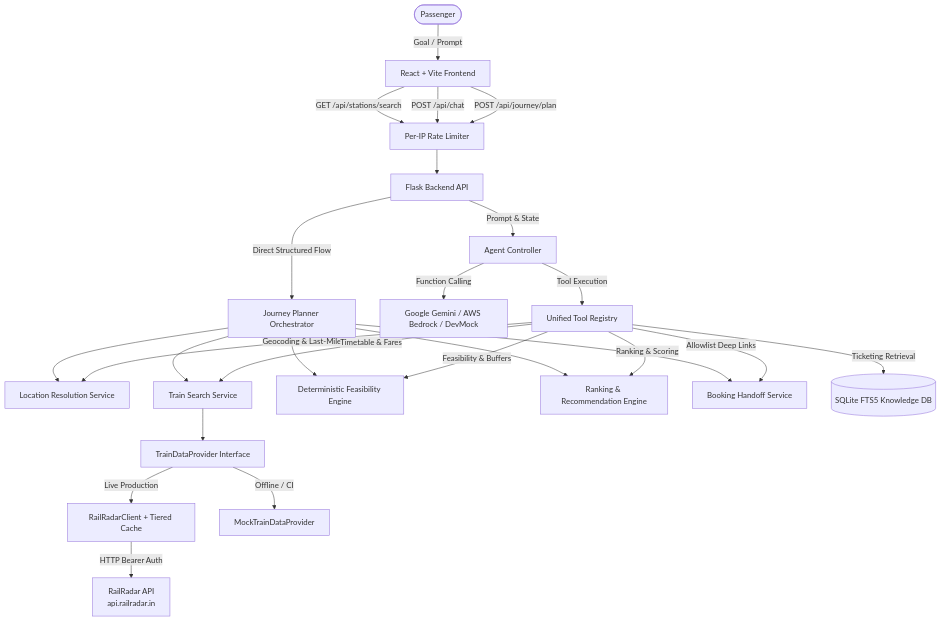
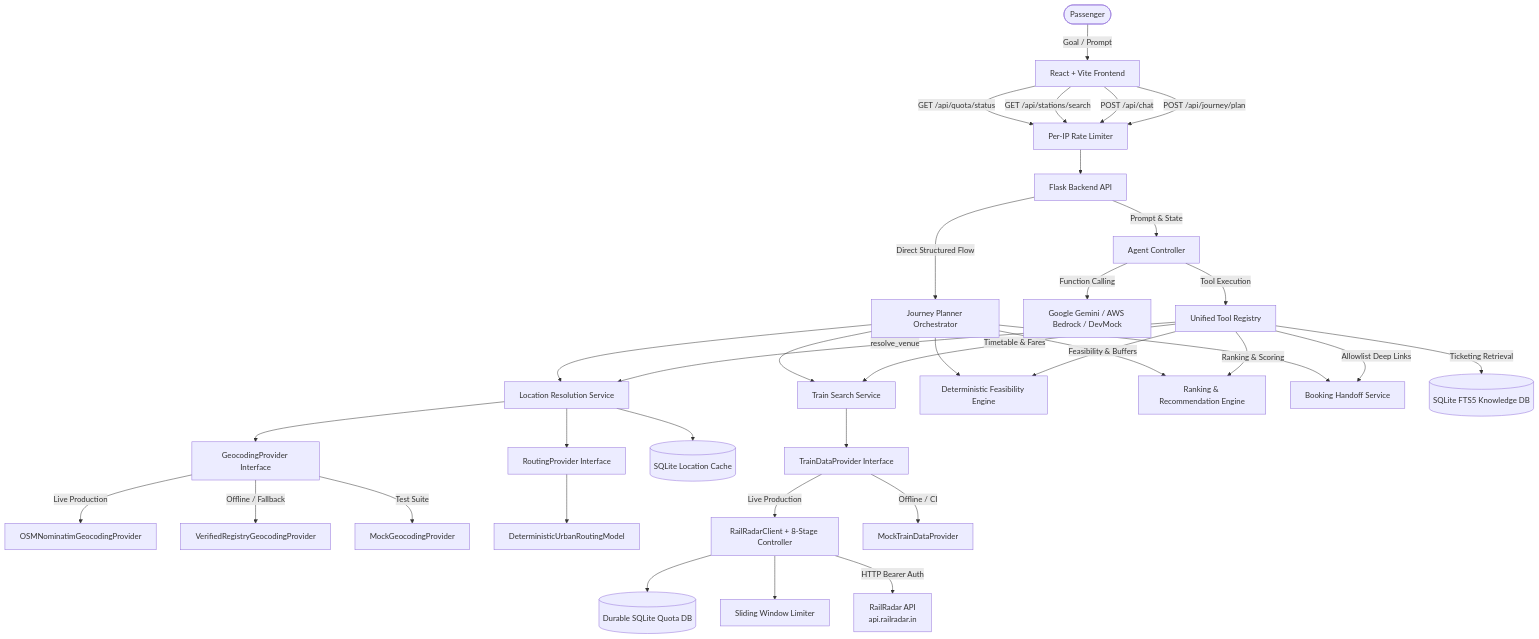
Before and after one commit to PaulShervin/RailSaathi: the diagram in .agent/ARCHITECTURE.md, drawn with Mermaid. The commit also changed other lines of this file and 48 other files, not shown here.

Commit message:
feat: fix quota exhaustion semantics, introduce distinct search outcomes, and add offline regression suite

````diff
--- a/.agent/ARCHITECTURE.md
+++ b/.agent/ARCHITECTURE.md
@@ -16,32 +17,43 @@
 ```mermaid
 graph TD
     User([Passenger]) -->|Goal / Prompt| FE[React + Vite Frontend]
     FE -->|POST /api/journey/plan| RL[Per-IP Rate Limiter]
     FE -->|POST /api/chat| RL
     FE -->|GET /api/stations/search| RL
+    FE -->|GET /api/quota/status| RL
     
     RL --> API[Flask Backend API]
     API -->|Prompt & State| AC[Agent Controller]
     API -->|Direct Structured Flow| JP[Journey Planner Orchestrator]
     
     AC -->|Function Calling| LLM[Google Gemini / AWS Bedrock / DevMock]
     AC -->|Tool Execution| TR[Unified Tool Registry]
     
-    TR -->|Geocoding & Last-Mile| LOC[Location Resolution Service]
+    TR -->|resolve_venue| LOC[Location Resolution Service]
     TR -->|Timetable & Fares| TT[Train Search Service]
     TR -->|Feasibility & Buffers| FEAS[Deterministic Feasibility Engine]
     TR -->|Ranking & Scoring| RANK[Ranking & Recommendation Engine]
     TR -->|Allowlist Deep Links| BOOK[Booking Handoff Service]
     TR -->|Ticketing Retrieval| KB[(SQLite FTS5 Knowledge DB)]
     
     JP --> LOC
     JP --> TT
     JP --> FEAS
     JP --> RANK
     JP --> BOOK
     
+    LOC --> GEO[GeocodingProvider Interface]
+    GEO -->|Live Production| NOM[OSMNominatimGeocodingProvider]
+    GEO -->|Offline / Fallback| REG[VerifiedRegistryGeocodingProvider]
+    GEO -->|Test Suite| MOCKGEO[MockGeocodingProvider]
+    LOC --> ROUTE[RoutingProvider Interface]
+    ROUTE --> DETOUR[DeterministicUrbanRoutingModel]
+    LOC --> LOCCACHE[(SQLite Location Cache)]
+    
     TT --> TDP[TrainDataProvider Interface]
-    TDP -->|Live Production| RR[RailRadarClient + Tiered Cache]
+    TDP -->|Live Production| RR[RailRadarClient + 8-Stage Controller]
     TDP -->|Offline / CI| MOCK[MockTrainDataProvider]
+    RR --> QUOTA[(Durable SQLite Quota DB)]
+    RR --> RPM[Sliding Window Limiter]
     RR -->|HTTP Bearer Auth| RRAPIS[RailRadar API<br/>api.railradar.in]
 ```
````
